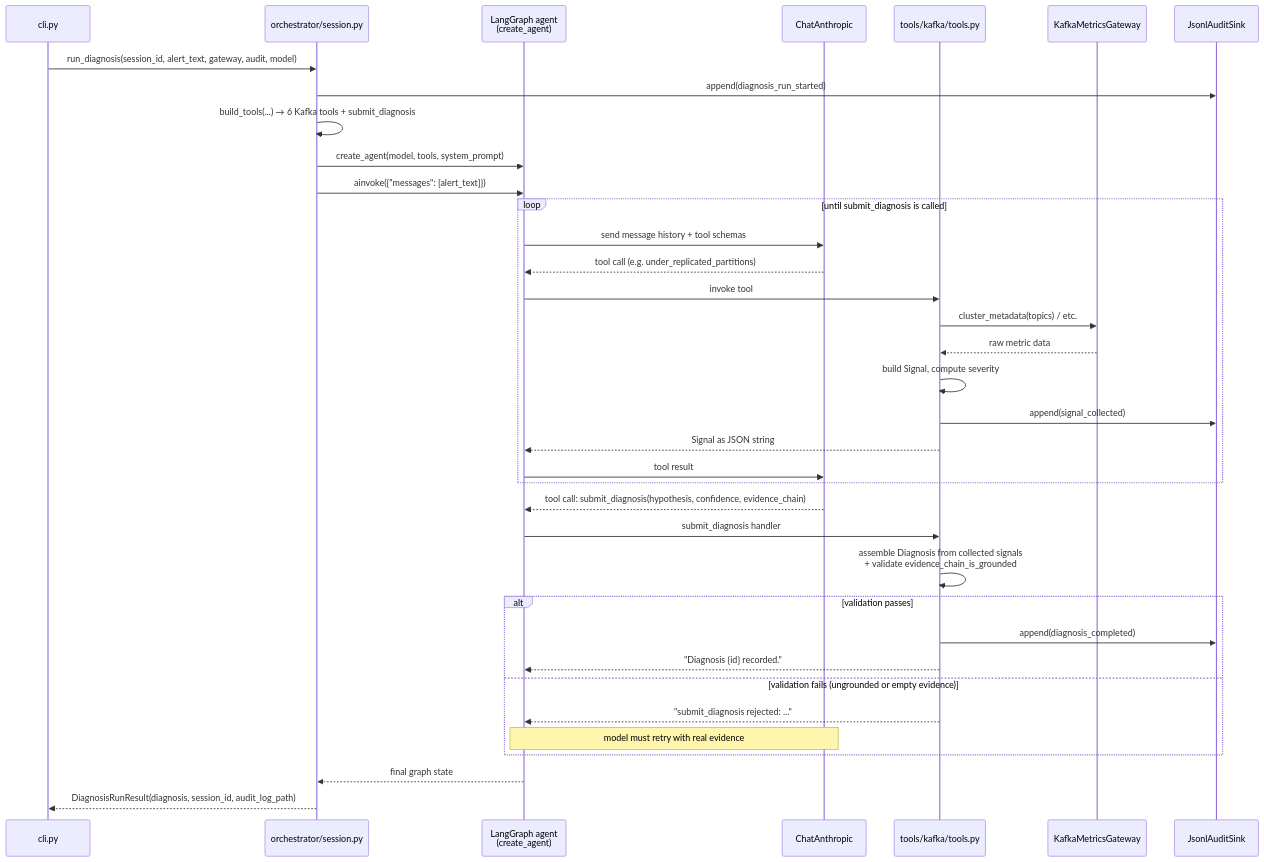
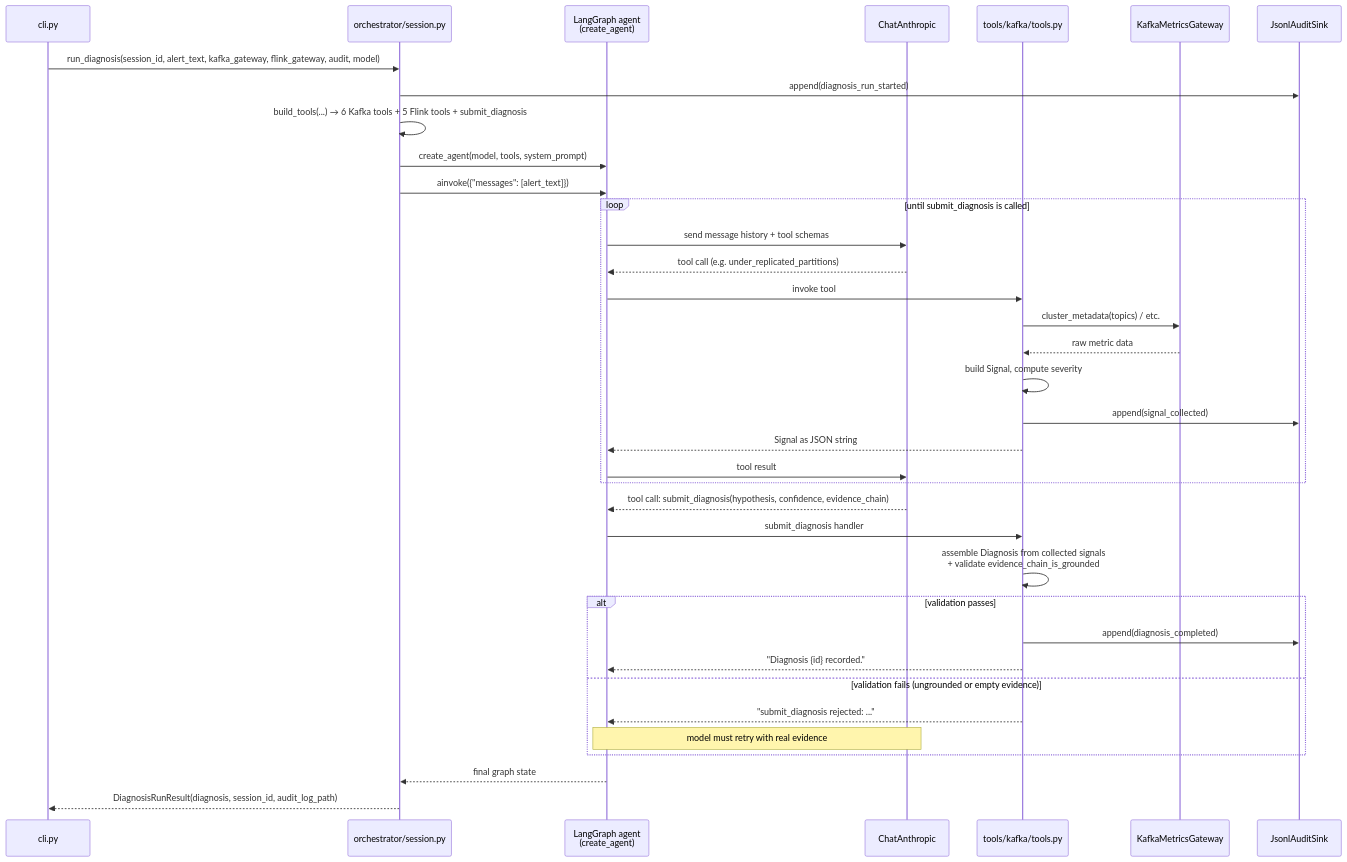
Before and after one commit to mbelekar/dp-operations-agent: the diagram in docs/kafka.md, drawn with Mermaid. The commit also changed other lines of this file and 21 other files, not shown here.

````diff
--- a/docs/kafka.md
+++ b/docs/kafka.md
@@ -11,42 +11,42 @@
 ```mermaid
 sequenceDiagram
     participant CLI as cli.py
     participant Session as orchestrator/session.py
     participant Agent as LangGraph agent<br/>(create_agent)
     participant Model as ChatAnthropic
     participant Tools as tools/kafka/tools.py
     participant Gateway as KafkaMetricsGateway
     participant Audit as JsonlAuditSink
 
-    CLI->>Session: run_diagnosis(session_id, alert_text, gateway, audit, model)
+    CLI->>Session: run_diagnosis(session_id, alert_text, kafka_gateway, flink_gateway, audit, model)
     Session->>Audit: append(diagnosis_run_started)
-    Session->>Session: build_tools(...) → 6 Kafka tools + submit_diagnosis
+    Session->>Session: build_tools(...) → 6 Kafka tools + 5 Flink tools + submit_diagnosis
     Session->>Agent: create_agent(model, tools, system_prompt)
     Session->>Agent: ainvoke({"messages": [alert_text]})
 
     loop until submit_diagnosis is called
         Agent->>Model: send message history + tool schemas
         Model-->>Agent: tool call (e.g. under_replicated_partitions)
         Agent->>Tools: invoke tool
         Tools->>Gateway: cluster_metadata(topics) / etc.
         Gateway-->>Tools: raw metric data
         Tools->>Tools: build Signal, compute severity
         Tools->>Audit: append(signal_collected)
         Tools-->>Agent: Signal as JSON string
         Agent->>Model: tool result
     end
 
     Model-->>Agent: tool call: submit_diagnosis(hypothesis, confidence, evidence_chain)
     Agent->>Tools: submit_diagnosis handler
     Tools->>Tools: assemble Diagnosis from collected signals<br/>+ validate evidence_chain_is_grounded
     alt validation passes
         Tools->>Audit: append(diagnosis_completed)
         Tools-->>Agent: "Diagnosis {id} recorded."
     else validation fails (ungrounded or empty evidence)
         Tools-->>Agent: "submit_diagnosis rejected: ..."
         Note over Agent,Model: model must retry with real evidence
     end
 
     Agent-->>Session: final graph state
     Session-->>CLI: DiagnosisRunResult(diagnosis, session_id, audit_log_path)
 ```
````
